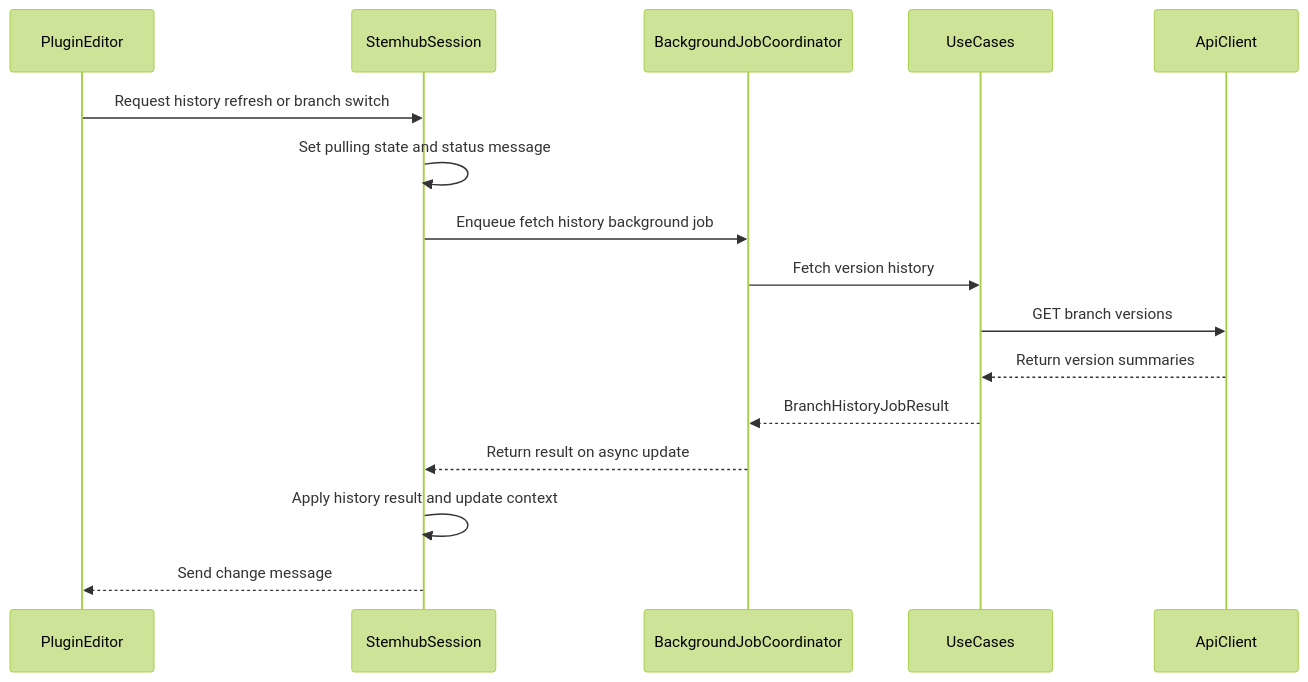
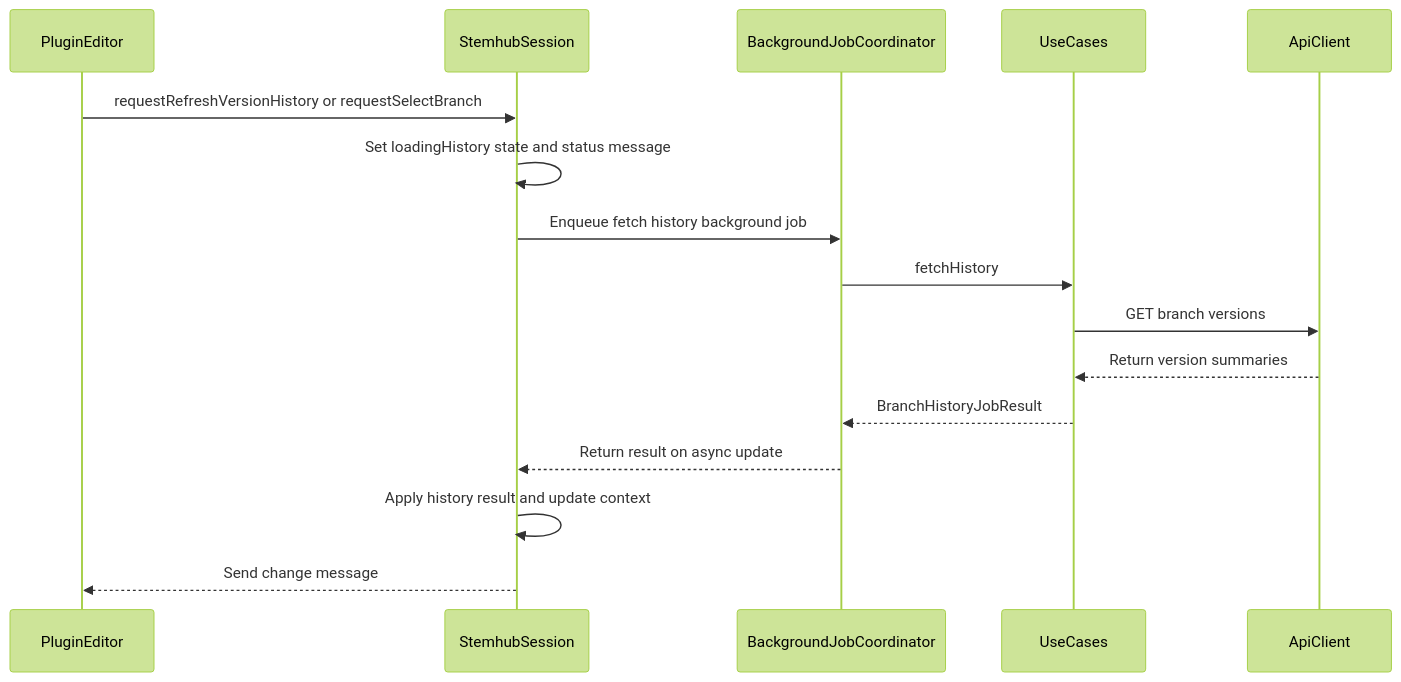
Before and after one commit to stemhub-org/Stemhub: the third of 4 diagrams in docs/plugin-data-flow.md, drawn with Mermaid (forest theme). The commit also changed other lines of this file and 13 other files, not shown here.

````diff
--- a/docs/plugin-data-flow.md
+++ b/docs/plugin-data-flow.md
@@ -257,19 +273,19 @@
 ```mermaid
 sequenceDiagram
     participant E as PluginEditor
     participant P as StemhubSession
     participant J as BackgroundJobCoordinator
     participant V as UseCases
     participant A as ApiClient
 
-    E->>P: Request history refresh or branch switch
-    P->>P: Set pulling state and status message
+    E->>P: requestRefreshVersionHistory or requestSelectBranch
+    P->>P: Set loadingHistory state and status message
     P->>J: Enqueue fetch history background job
-    J->>V: Fetch version history
+    J->>V: fetchHistory
     V->>A: GET branch versions
     A-->>V: Return version summaries
     V-->>J: BranchHistoryJobResult
     J-->>P: Return result on async update
     P->>P: Apply history result and update context
     P-->>E: Send change message
 ```
````
